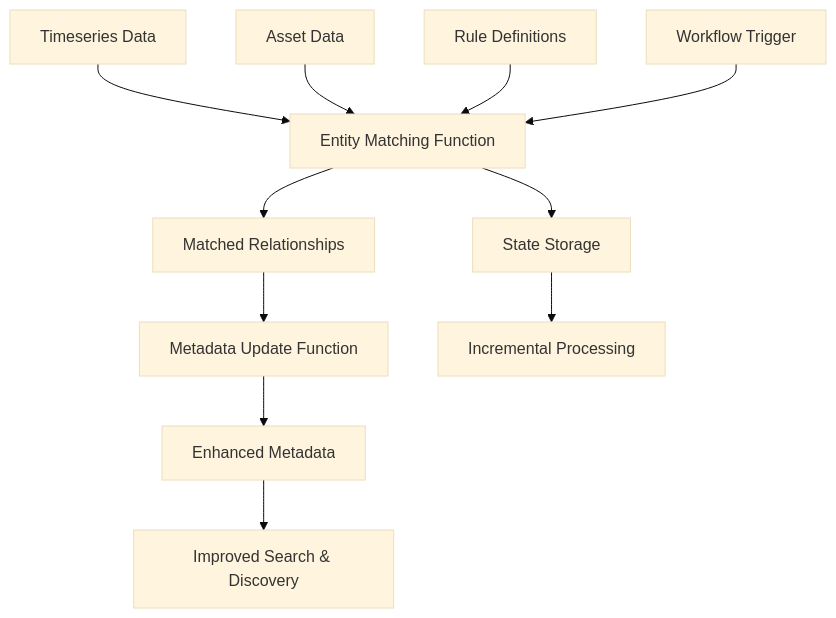
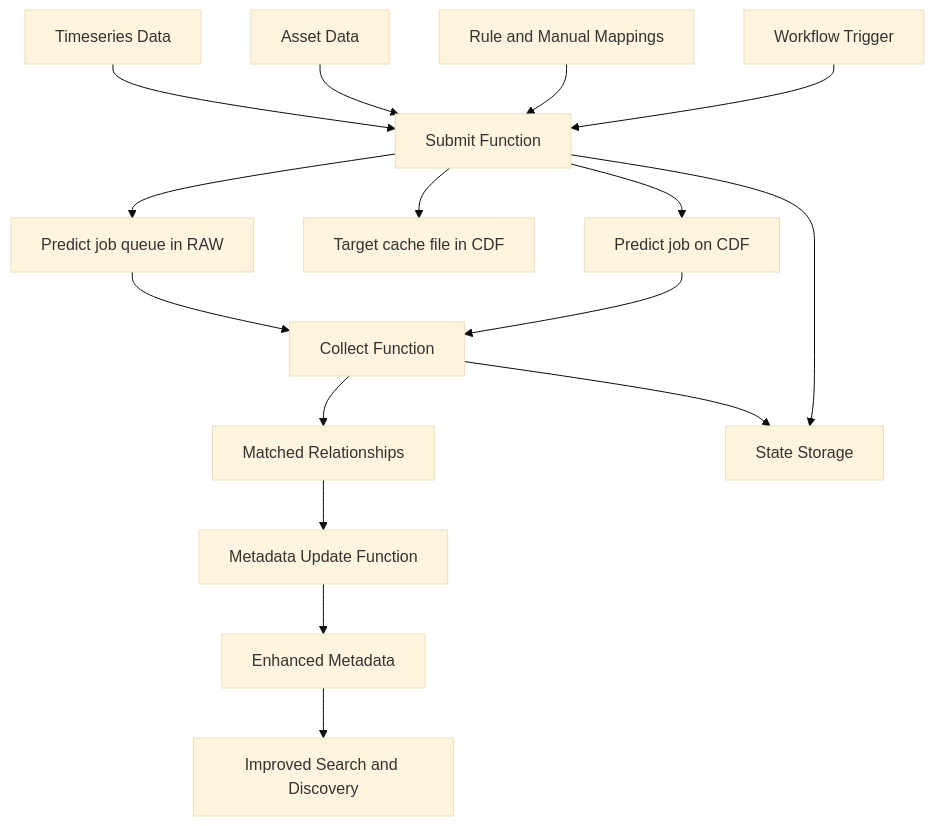
One commit to cognitedata/library changed the diagram in modules/contextualization/cdf_entity_matching/README.md. Above: the diagram before and after it, drawn with Mermaid (base theme). The commit also changed other lines of this file and 3 other files, not shown here.

````diff
--- a/modules/contextualization/cdf_entity_matching/README.md
+++ b/modules/contextualization/cdf_entity_matching/README.md
@@ -442,14 +457,19 @@
 ```mermaid
 graph TD
-    A[Timeseries Data] --> B[Entity Matching Function]
-    C[Asset Data] --> B
-    D[Rule Definitions] --> B
-    B --> E[Matched Relationships]
-    E --> F[Metadata Update Function]
-    F --> G[Enhanced Metadata]
-    G --> H[Improved Search & Discovery]
-    
-    I[Workflow Trigger] --> B
-    B --> J[State Storage]
-    J --> K[Incremental Processing]
+    A[Timeseries Data] --> S[Submit Function]
+    C[Asset Data] --> S
+    D[Rule and Manual Mappings] --> S
+    S --> Q[Predict job queue in RAW]
+    S --> F[Target cache file in CDF]
+    S --> P[Predict job on CDF]
+    P --> L[Collect Function]
+    Q --> L
+    L --> E[Matched Relationships]
+    E --> M[Metadata Update Function]
+    M --> G[Enhanced Metadata]
+    G --> H[Improved Search and Discovery]
+
+    I[Workflow Trigger] --> S
+    S --> J[State Storage]
+    L --> J
 ```
````
